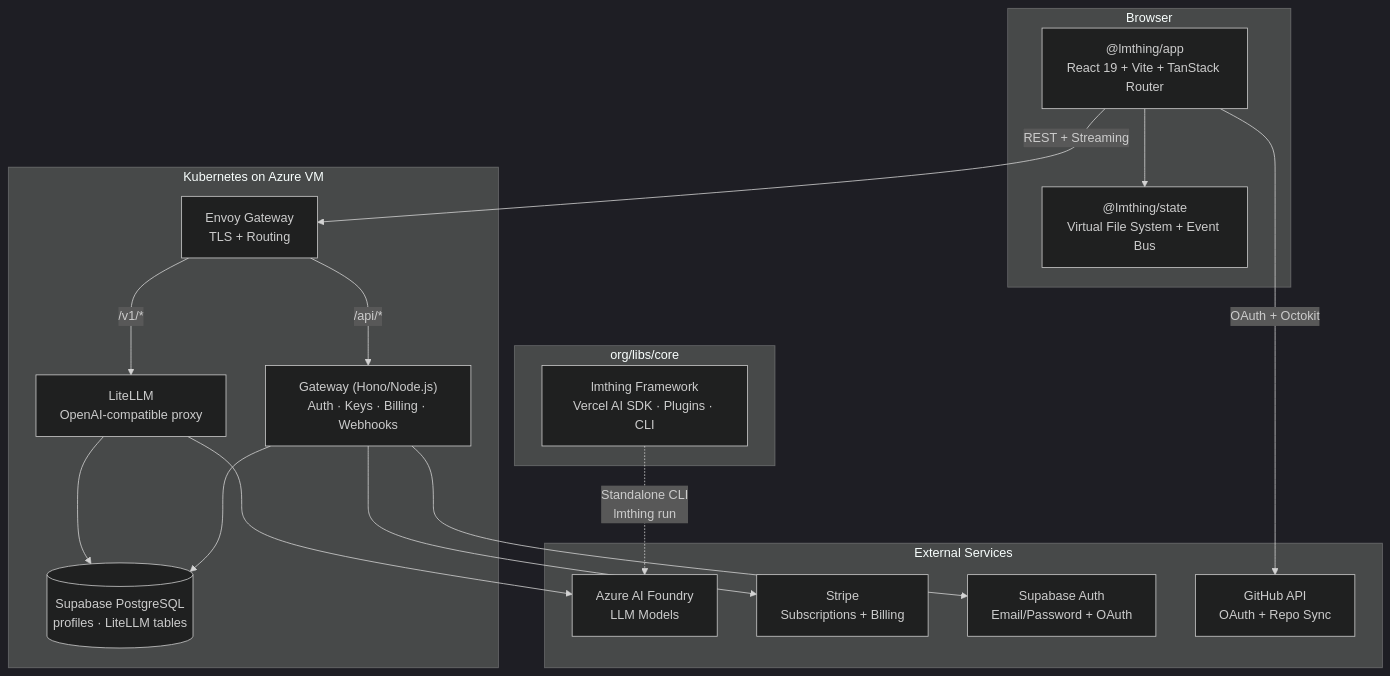
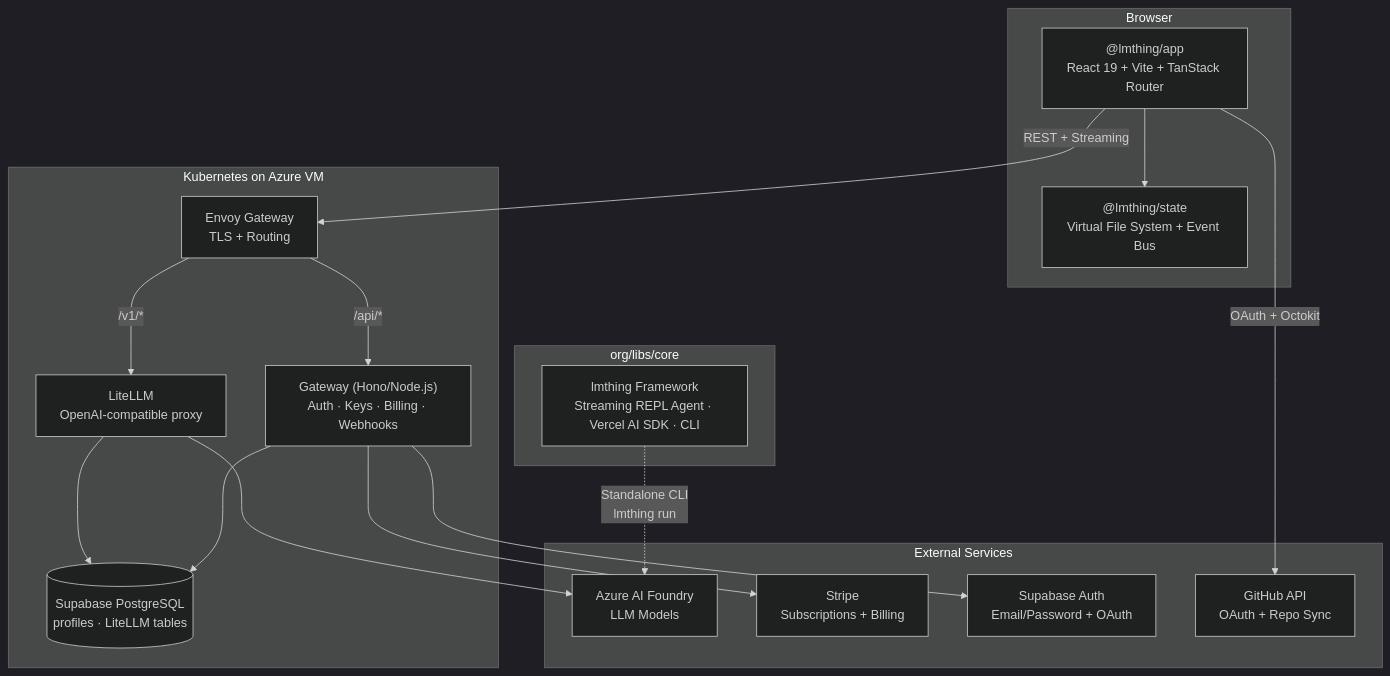
The first of 6 diagrams in CLAUDE.md (lmthing/lmthing), drawn with Mermaid (dark theme) before and after one commit. The commit also changed other lines of this file, not shown here.

First line of the commit message:
docs: sync root CLAUDE.md with core/CLAUDE.md REPL agent architecture

````diff
--- a/CLAUDE.md
+++ b/CLAUDE.md
@@ -83,37 +85,37 @@
 ```mermaid
 graph TB
     subgraph Browser["Browser"]
         App["@lmthing/app<br/>React 19 + Vite + TanStack Router"]
         State["@lmthing/state<br/>Virtual File System + Event Bus"]
         App --> State
     end
 
     subgraph Cloud["Kubernetes on Azure VM"]
         Envoy["Envoy Gateway<br/>TLS + Routing"]
         LiteLLM["LiteLLM<br/>OpenAI-compatible proxy"]
         Gateway["Gateway (Hono/Node.js)<br/>Auth · Keys · Billing · Webhooks"]
         DB[("Supabase PostgreSQL<br/>profiles · LiteLLM tables")]
         Envoy -- "/v1/*" --> LiteLLM
         Envoy -- "/api/*" --> Gateway
         LiteLLM --> DB
         Gateway --> DB
     end
 
     subgraph External["External Services"]
         Azure["Azure AI Foundry<br/>LLM Models"]
         Stripe["Stripe<br/>Subscriptions + Billing"]
         SupaAuth["Supabase Auth<br/>Email/Password + OAuth"]
         GitHub["GitHub API<br/>OAuth + Repo Sync"]
     end
 
     subgraph Library["org/libs/core"]
-        Core["lmthing Framework<br/>Vercel AI SDK · Plugins · CLI"]
+        Core["lmthing Framework<br/>Streaming REPL Agent · Vercel AI SDK · CLI"]
     end
 
     App -- "REST + Streaming" --> Envoy
     LiteLLM --> Azure
     Gateway --> Stripe
     Gateway --> SupaAuth
     App -- "OAuth + Octokit" --> GitHub
     Core -. "Standalone CLI<br/>lmthing run" .-> Azure
 ```
````
